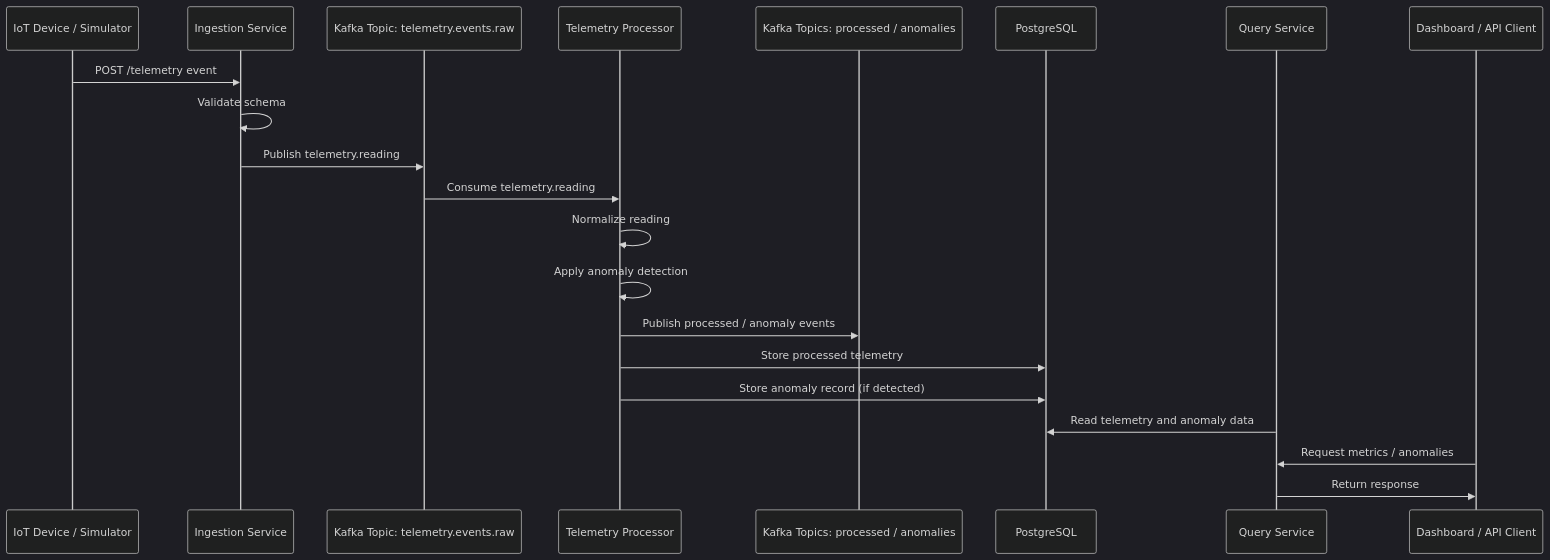
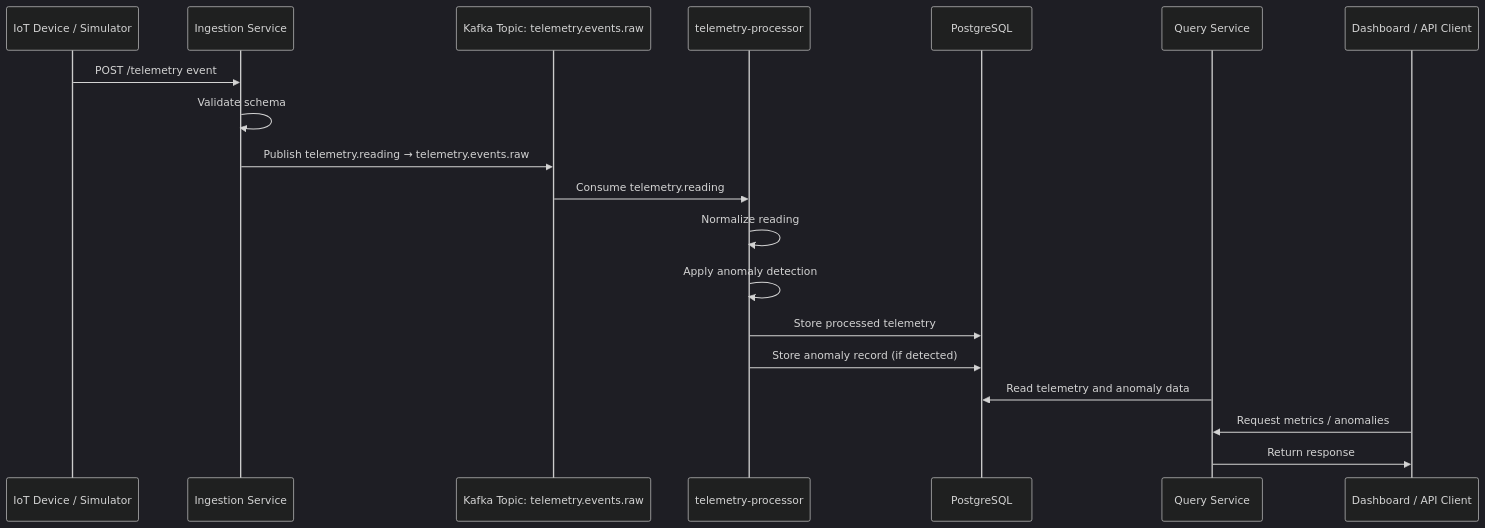
Before and after one commit to ME-Massine/pulsestream: the diagram in docs/diagrams/event-flow.md, drawn with Mermaid (dark theme). The commit also changed other lines of this file and 19 other files, not shown here.

First line of the commit message:
docs: finalize architecture consistency and align repository entry points (#94)

````diff
--- a/docs/diagrams/event-flow.md
+++ b/docs/diagrams/event-flow.md
@@ -5,24 +5,22 @@
 ```mermaid
 sequenceDiagram
     participant Device as IoT Device / Simulator
     participant Ingestion as Ingestion Service
-    participant KafkaRaw as Kafka Topic: telemetry.events.raw
-    participant Processor as Telemetry Processor
-    participant KafkaOut as Kafka Topics: processed / anomalies
+    participant Kafka as Kafka Topic: telemetry.events.raw
+    participant Processor as telemetry-processor
     participant DB as PostgreSQL
     participant Query as Query Service
     participant Dashboard as Dashboard / API Client
 
     Device->>Ingestion: POST /telemetry event
     Ingestion->>Ingestion: Validate schema
-    Ingestion->>KafkaRaw: Publish telemetry.reading
-    KafkaRaw->>Processor: Consume telemetry.reading
+    Ingestion->>Kafka: Publish telemetry.reading → telemetry.events.raw
+    Kafka->>Processor: Consume telemetry.reading
     Processor->>Processor: Normalize reading
     Processor->>Processor: Apply anomaly detection
-    Processor->>KafkaOut: Publish processed / anomaly events
     Processor->>DB: Store processed telemetry
     Processor->>DB: Store anomaly record (if detected)
     Query->>DB: Read telemetry and anomaly data
     Dashboard->>Query: Request metrics / anomalies
     Query->>Dashboard: Return response
 ```
````
